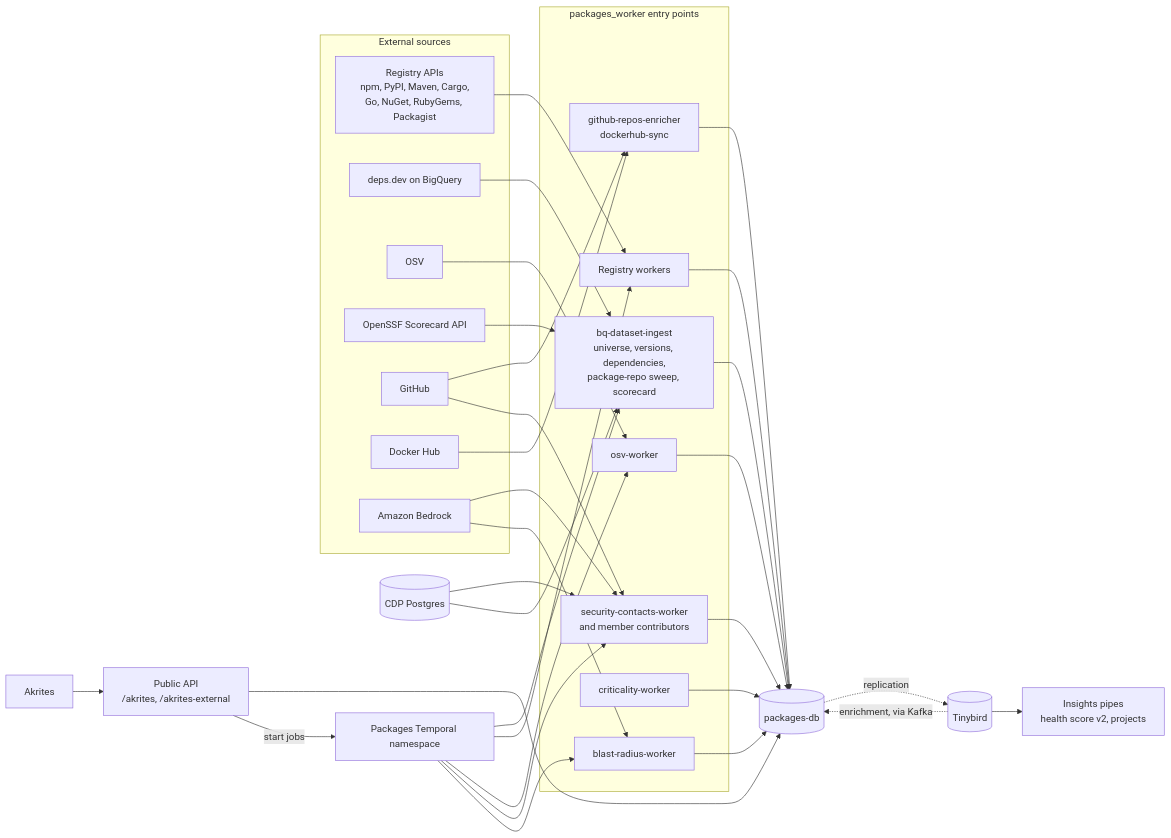
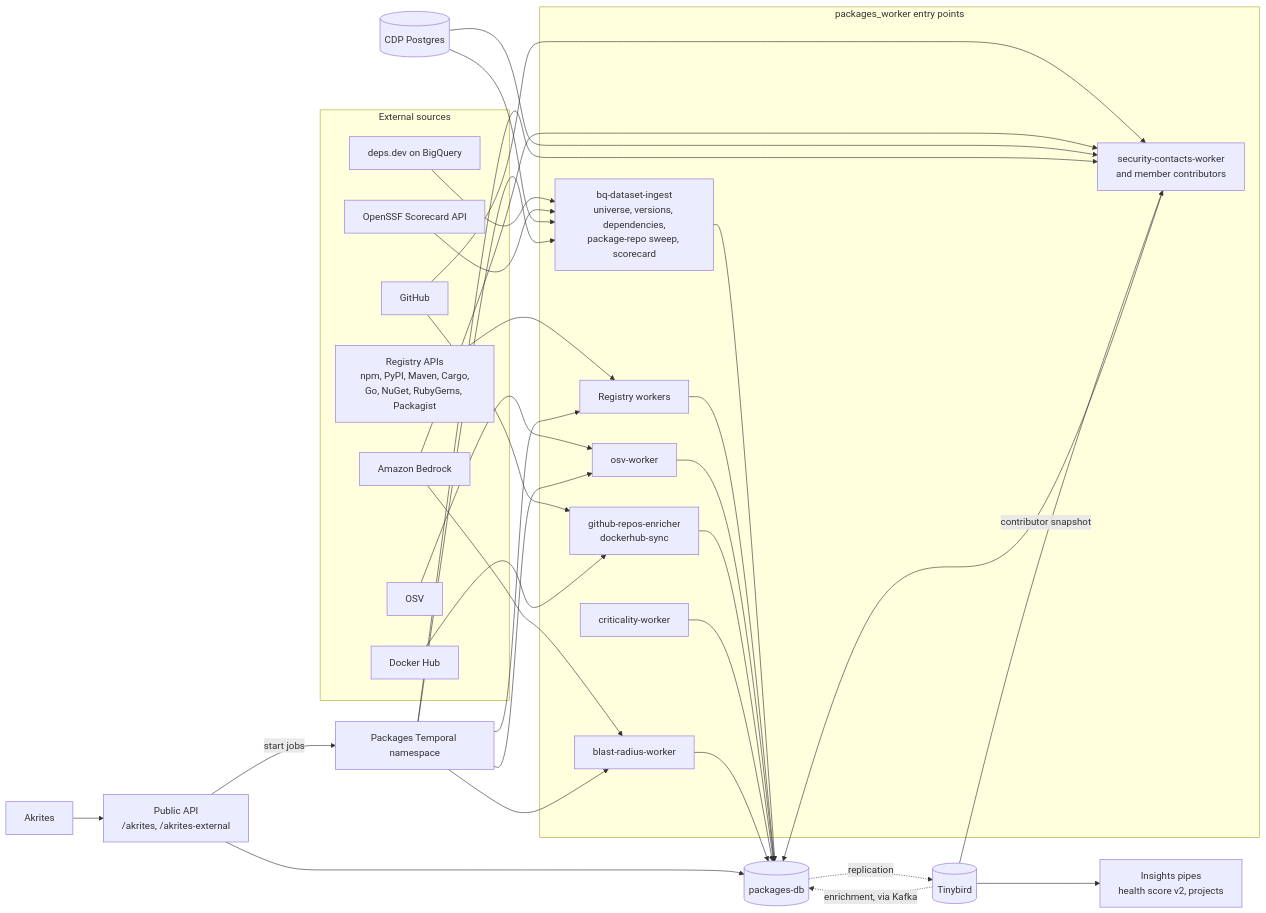
Before and after one commit to linuxfoundation/crowd.dev: the first of 2 diagrams in docs/design/packages.md, drawn with Mermaid. The commit also changed other lines of this file and 2 other files, not shown here.

````diff
--- a/docs/design/packages.md
+++ b/docs/design/packages.md
@@ -36,63 +38,64 @@
 ```mermaid
 flowchart LR
     subgraph sources["External sources"]
         reg["Registry APIs<br/>npm, PyPI, Maven, Cargo,<br/>Go, NuGet, RubyGems, Packagist"]
         bq["deps.dev on BigQuery"]
         osv["OSV"]
         sc["OpenSSF Scorecard API"]
         gh["GitHub"]
         dh["Docker Hub"]
         llm["Amazon Bedrock"]
     end
 
     subgraph workers["packages_worker entry points"]
         ingest["bq-dataset-ingest<br/>universe, versions, dependencies,<br/>package-repo sweep, scorecard"]
         regw["Registry workers"]
         osvw["osv-worker"]
         enr["github-repos-enricher<br/>dockerhub-sync"]
         scw["security-contacts-worker<br/>and member contributors"]
         crit["criticality-worker"]
         br["blast-radius-worker"]
     end
 
     pdb[("packages-db")]
     cdpdb[("CDP Postgres")]
     tmp["Packages Temporal namespace"]
     api["Public API<br/>/akrites, /akrites-external"]
     tb[("Tinybird")]
     ins["Insights pipes<br/>health score v2, projects"]
     ak["Akrites"]
 
     bq --> ingest
     sc --> ingest
     reg --> regw
     osv --> osvw
     gh --> enr
     dh --> enr
     gh --> scw
     llm --> scw
     llm --> br
 
     ingest --> pdb
     regw --> pdb
     osvw --> pdb
     enr --> pdb
     scw --> pdb
     crit --> pdb
     br --> pdb
     cdpdb --> scw
     cdpdb --> ingest
 
     tmp --> ingest
     tmp --> regw
     tmp --> osvw
     tmp --> scw
     tmp --> br
 
     ak --> api
     api --> pdb
     api -->|"start jobs"| tmp
     pdb -.->|replication| tb
     tb -.->|"enrichment, via Kafka"| pdb
     tb --> ins
+    tb -->|"contributor snapshot"| scw
 ```
````
